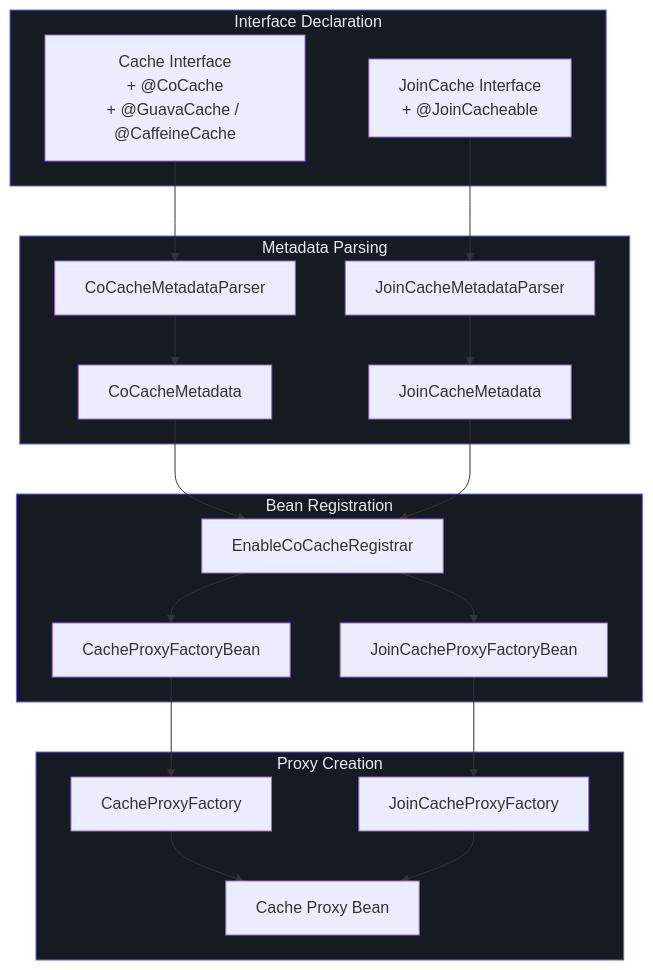
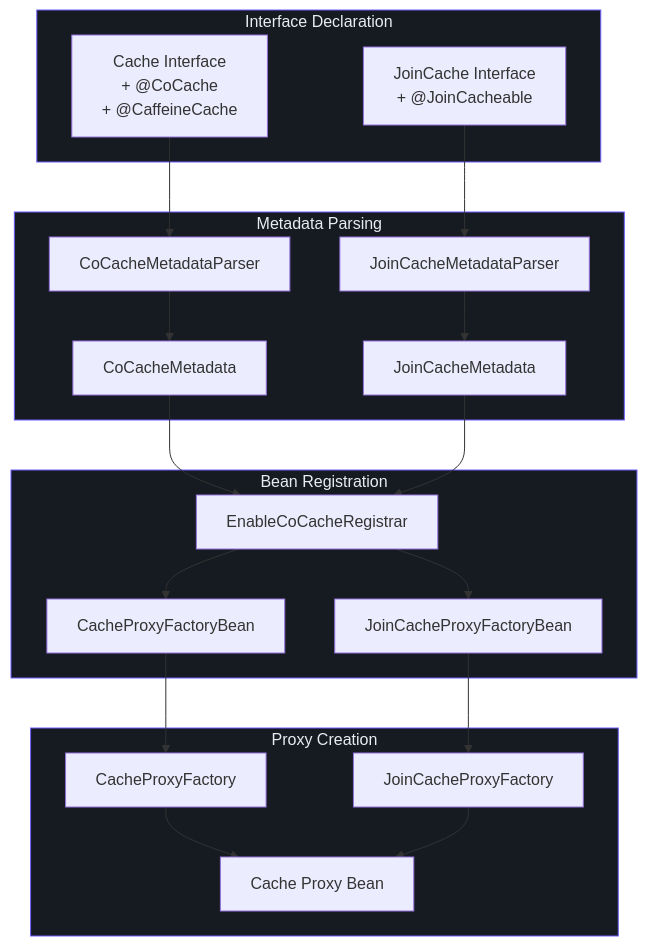
One commit to Ahoo-Wang/CoCache changed the third of 3 diagrams in wiki/api/annotations.md. Above: the diagram before and after it, drawn with Mermaid. The commit also changed other lines of this file and 256 other files, not shown here.

````diff
--- a/wiki/api/annotations.md
+++ b/wiki/api/annotations.md
@@ -276,44 +226,44 @@
 ```mermaid
 graph TB
     subgraph Declaration["Interface Declaration"]
         style Declaration fill:#161b22,stroke:#6d5dfc,color:#e6edf3
-        CI["Cache Interface<br>+ @CoCache<br>+ @GuavaCache / @CaffeineCache"]
+        CI["Cache Interface<br>+ @CoCache<br>+ @CaffeineCache"]
         JCI["JoinCache Interface<br>+ @JoinCacheable"]
     end
 
     subgraph Parsing["Metadata Parsing"]
         style Parsing fill:#161b22,stroke:#6d5dfc,color:#e6edf3
         CMP["CoCacheMetadataParser"]
         JCMP["JoinCacheMetadataParser"]
         CMD["CoCacheMetadata"]
         JCMD["JoinCacheMetadata"]
     end
 
     subgraph Registration["Bean Registration"]
         style Registration fill:#161b22,stroke:#6d5dfc,color:#e6edf3
         REG["EnableCoCacheRegistrar"]
         CPFB["CacheProxyFactoryBean"]
         JCPFB["JoinCacheProxyFactoryBean"]
     end
 
     subgraph Factory["Proxy Creation"]
         style Factory fill:#161b22,stroke:#6d5dfc,color:#e6edf3
         CPF["CacheProxyFactory"]
         JCPF["JoinCacheProxyFactory"]
         PROXY["Cache Proxy Bean"]
     end
 
     CI --> CMP
     JCI --> JCMP
     CMP --> CMD
     JCMP --> JCMD
     CMD --> REG
     JCMD --> REG
     REG --> CPFB
     REG --> JCPFB
     CPFB --> CPF
     JCPFB --> JCPF
     CPF --> PROXY
     JCPF --> PROXY
 
 ```
````
